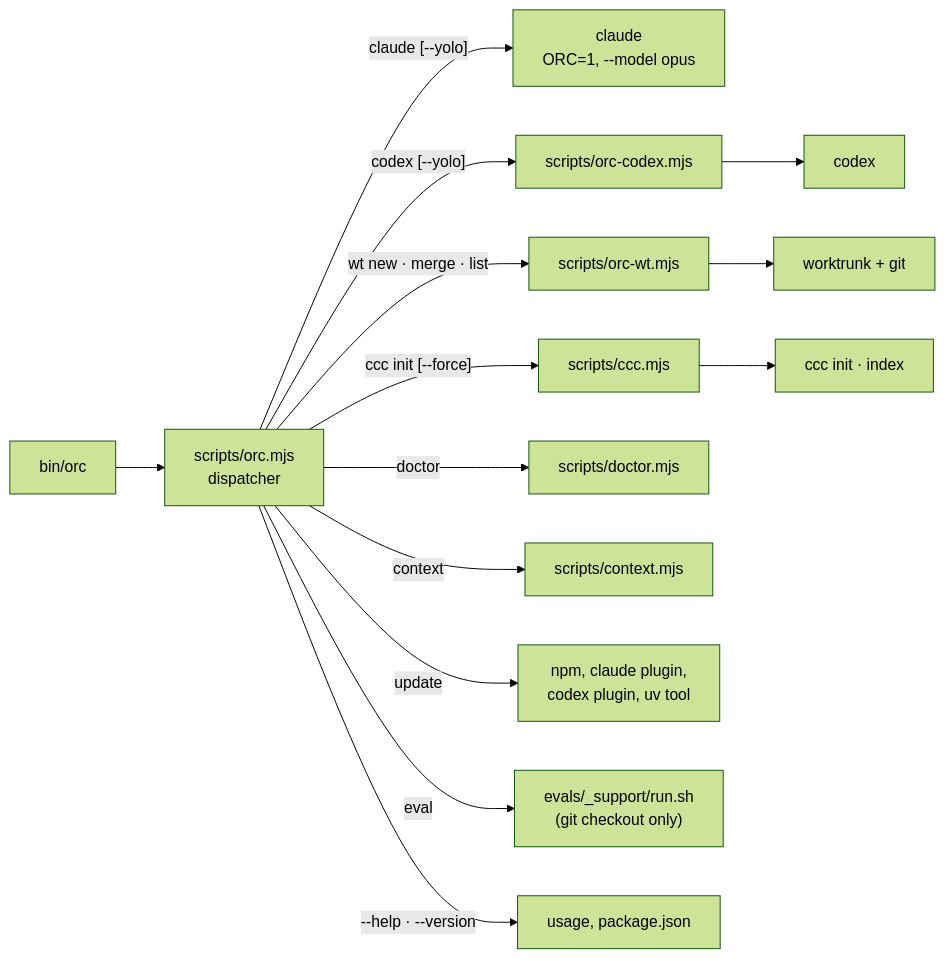
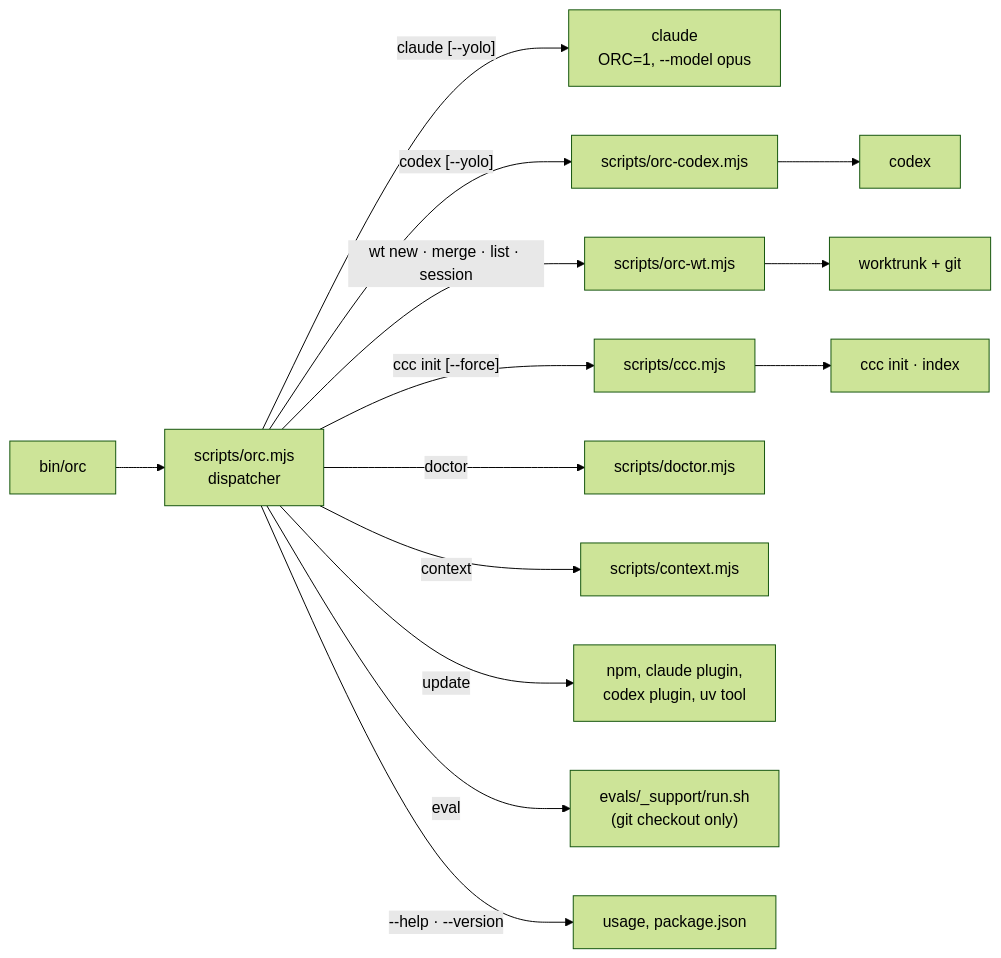
One commit to crafts69guy/orchestra changed the fifth of 9 diagrams in docs/ARCHITECTURE.md. Above: the diagram before and after it, drawn with Mermaid (forest theme). The commit also changed other lines of this file and 17 other files, not shown here.

````diff
--- a/docs/ARCHITECTURE.md
+++ b/docs/ARCHITECTURE.md
@@ -178,13 +178,13 @@
 ```mermaid
 flowchart LR
   bin["bin/orc"] --> disp["scripts/orc.mjs<br/>dispatcher"]
   disp -->|"claude [--yolo]"| claude["claude<br/>ORC=1, --model opus"]
   disp -->|"codex [--yolo]"| ocx["scripts/orc-codex.mjs"] --> codex["codex"]
-  disp -->|"wt new · merge · list"| owt["scripts/orc-wt.mjs"] --> wt["worktrunk + git"]
+  disp -->|"wt new · merge · list · session"| owt["scripts/orc-wt.mjs"] --> wt["worktrunk + git"]
   disp -->|"ccc init [--force]"| occ["scripts/ccc.mjs"] --> ccc["ccc init · index"]
   disp -->|"doctor"| doc["scripts/doctor.mjs"]
   disp -->|"context"| ctx["scripts/context.mjs"]
   disp -->|"update"| upd["npm, claude plugin,<br/>codex plugin, uv tool"]
   disp -->|"eval"| ev["evals/_support/run.sh<br/>(git checkout only)"]
   disp -->|"--help · --version"| pkg["usage, package.json"]
 ```
````
